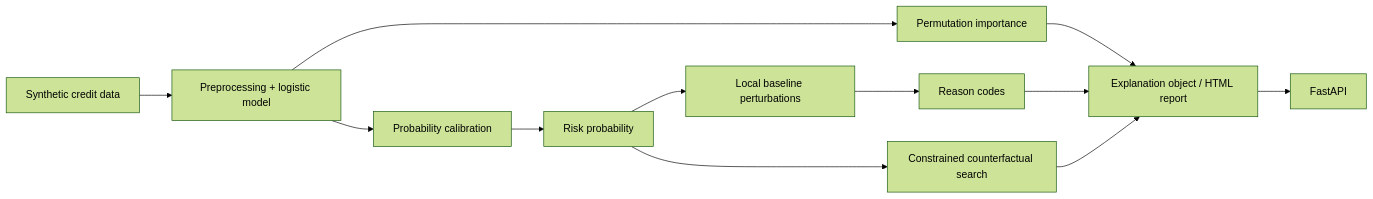
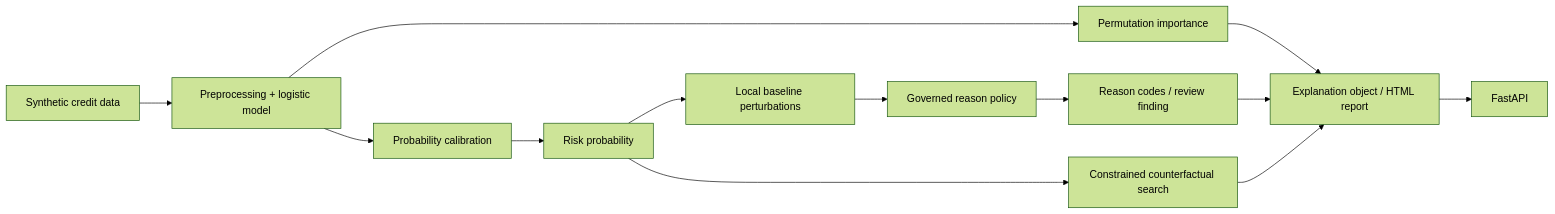
One commit to cagataykavas/credit-default-explainability changed the diagram in README.md. Above: the diagram before and after it, drawn with Mermaid (forest theme). The commit also changed other lines of this file and 4 other files, not shown here.

Commit message:
feat: govern explanation reason codes

````diff
--- a/README.md
+++ b/README.md
@@ -9,14 +9,15 @@
 ```mermaid
 flowchart LR
     D[Synthetic credit data] --> M[Preprocessing + logistic model]
     M --> CAL[Probability calibration]
     CAL --> S[Risk probability]
     M --> G[Permutation importance]
     S --> L[Local baseline perturbations]
-    L --> R[Reason codes]
+    L --> P[Governed reason policy]
+    P --> R[Reason codes / review finding]
     S --> C[Constrained counterfactual search]
     G --> REP[Explanation object / HTML report]
     R --> REP
     C --> REP
     REP --> API[FastAPI]
 ```
````
